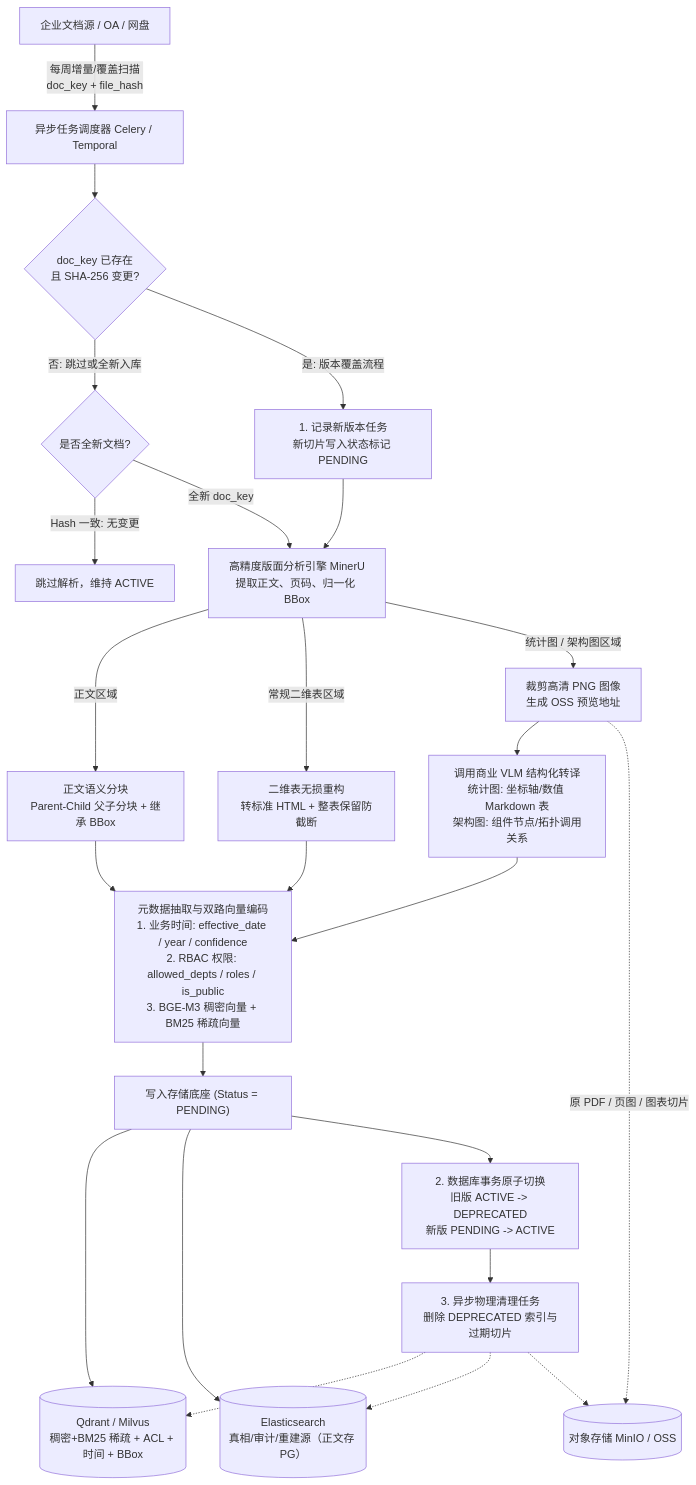
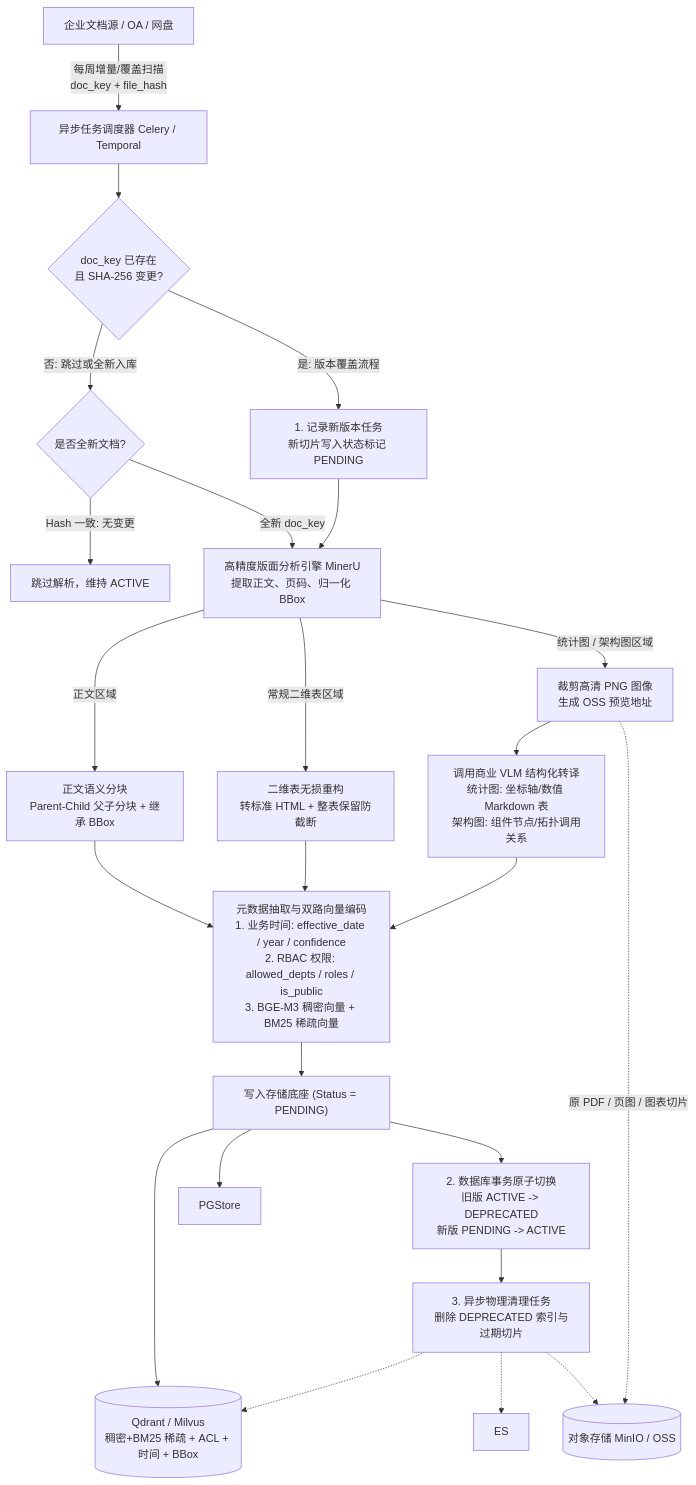
Before and after one commit to kvchen95/ai-rag: the second of 6 diagrams in 架构图集.md, drawn with Mermaid. The commit also changed other lines of this file and 2 other files, not shown here.

````diff
--- a/架构图集.md
+++ b/架构图集.md
@@ -102,34 +102,34 @@
 ```mermaid
 flowchart TD
     Source["企业文档源 / OA / 网盘"] -->|"每周增量/覆盖扫描<br/>doc_key + file_hash"| Scheduler["异步任务调度器 Celery / Temporal"]
 
     Scheduler --> CheckHash{"doc_key 已存在<br/>且 SHA-256 变更?"}
 
     CheckHash -->|"否: 跳过或全新入库"| CheckNew{"是否全新文档?"}
     CheckNew -->|"Hash 一致: 无变更"| Skip["跳过解析，维持 ACTIVE"]
     CheckNew -->|"全新 doc_key"| MinerU
 
     CheckHash -->|"是: 版本覆盖流程"| VersionFlag["1. 记录新版本任务<br/>新切片写入状态标记 PENDING"]
     VersionFlag --> MinerU["高精度版面分析引擎 MinerU<br/>提取正文、页码、归一化 BBox"]
 
     MinerU -->|"正文区域"| TextSplit["正文语义分块<br/>Parent-Child 父子分块 + 继承 BBox"]
     MinerU -->|"常规二维表区域"| TableParse["二维表无损重构<br/>转标准 HTML + 整表保留防截断"]
     MinerU -->|"统计图 / 架构图区域"| CropImg["裁剪高清 PNG 图像<br/>生成 OSS 预览地址"]
 
     CropImg --> VLM["调用商业 VLM 结构化转译<br/>统计图: 坐标轴/数值 Markdown 表<br/>架构图: 组件节点/拓扑调用关系"]
 
     TextSplit --> MetaExtract["元数据抽取与双路向量编码<br/>1. 业务时间: effective_date / year / confidence<br/>2. RBAC 权限: allowed_depts / roles / is_public<br/>3. BGE-M3 稠密向量 + BM25 稀疏向量"]
     TableParse --> MetaExtract
     VLM --> MetaExtract
 
     MetaExtract --> WritePending["写入存储底座 (Status = PENDING)"]
     WritePending --> Qdrant[("Qdrant / Milvus<br/>稠密+BM25 稀疏 + ACL + 时间 + BBox")]
-    WritePending --> ES[("Elasticsearch<br/>真相/审计/重建源（正文存 PG）")]
+    WritePending --> PGStore
     CropImg -.->|"原 PDF / 页图 / 图表切片"| OSS[("对象存储 MinIO / OSS")]
 
     WritePending --> AtomicTx["2. 数据库事务原子切换<br/>旧版 ACTIVE -> DEPRECATED<br/>新版 PENDING -> ACTIVE"]
     AtomicTx --> AsyncGC["3. 异步物理清理任务<br/>删除 DEPRECATED 索引与过期切片"]
     AsyncGC -.-> Qdrant
     AsyncGC -.-> ES
     AsyncGC -.-> OSS
 ```
````
